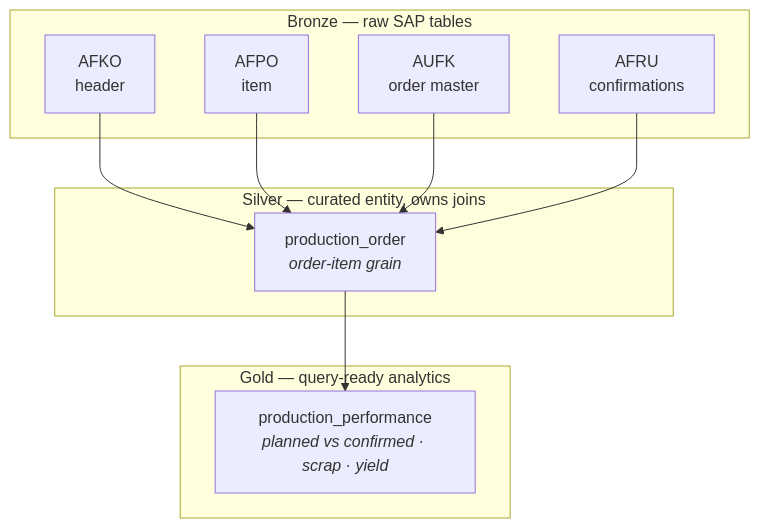
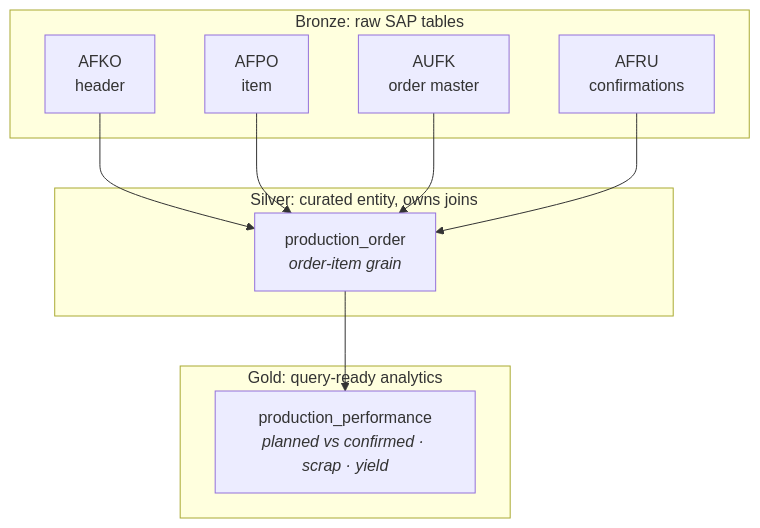
One commit to Onibex/agentic-semantic-knowledge-ask changed the third of 6 diagrams in platform/docs/02-concepts.md. Above: the diagram before and after it, drawn with Mermaid. The commit also changed other lines of this file and 58 other files, not shown here.

````diff
--- a/platform/docs/02-concepts.md
+++ b/platform/docs/02-concepts.md
@@ -141,20 +141,20 @@
 ```mermaid
 flowchart TD
-    subgraph GOLD["Gold — query-ready analytics"]
+    subgraph GOLD["Gold: query-ready analytics"]
         PP["production_performance<br/><i>planned vs confirmed · scrap · yield</i>"]
     end
-    subgraph SILVER["Silver — curated entity, owns joins"]
+    subgraph SILVER["Silver: curated entity, owns joins"]
         PO["production_order<br/><i>order-item grain</i>"]
     end
-    subgraph BRONZE["Bronze — raw SAP tables"]
+    subgraph BRONZE["Bronze: raw SAP tables"]
         AFKO["AFKO<br/>header"]
         AFPO["AFPO<br/>item"]
         AUFK["AUFK<br/>order master"]
         AFRU["AFRU<br/>confirmations"]
     end
     AFKO --> PO
     AFPO --> PO
     AUFK --> PO
     AFRU --> PO
     PO --> PP
 ```
````
